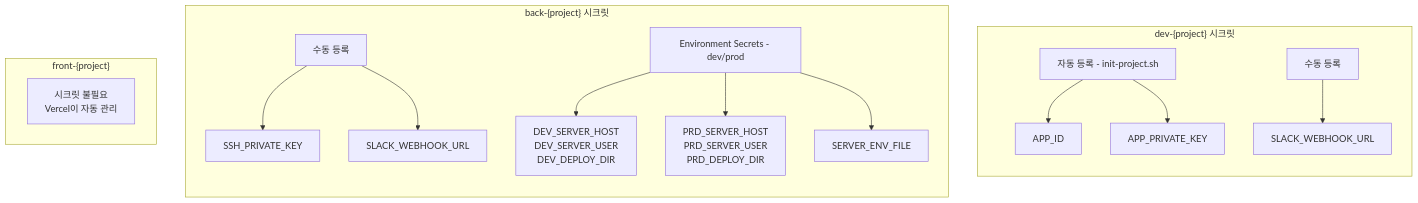
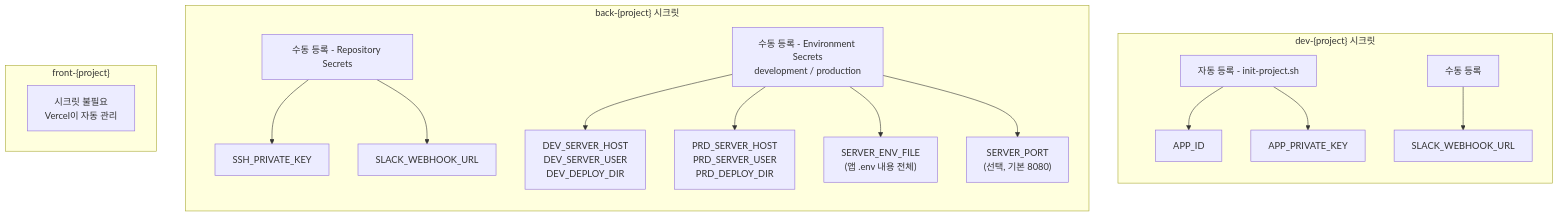
One commit to BaGyun0107/harness-starterkit changed the sixth of 8 diagrams in docs/PIPELINE-GUIDE.md. Above: the diagram before and after it, drawn with Mermaid. The commit also changed other lines of this file, not shown here.

````diff
--- a/docs/PIPELINE-GUIDE.md
+++ b/docs/PIPELINE-GUIDE.md
@@ -196,30 +208,31 @@
 ```mermaid
 flowchart TB
     subgraph D["dev-{project} 시크릿"]
         direction TB
         DA["자동 등록 - init-project.sh"]
         DA --> DA1[APP_ID]
         DA --> DA2[APP_PRIVATE_KEY]
 
         DM["수동 등록"]
         DM --> DM1[SLACK_WEBHOOK_URL]
     end
 
     subgraph BK["back-{project} 시크릿"]
         direction TB
-        BM["수동 등록"]
+        BM["수동 등록 - Repository Secrets"]
         BM --> BM1[SSH_PRIVATE_KEY]
         BM --> BM2[SLACK_WEBHOOK_URL]
 
-        BE["Environment Secrets - dev/prod"]
-        BE --> BE1["DEV_SERVER_HOST\nDEV_SERVER_USER\nDEV_DEPLOY_DIR"]
-        BE --> BE2["PRD_SERVER_HOST\nPRD_SERVER_USER\nPRD_DEPLOY_DIR"]
-        BE --> BE3[SERVER_ENV_FILE]
+        BE["수동 등록 - Environment Secrets<br/>development / production"]
+        BE --> BE1["DEV_SERVER_HOST<br/>DEV_SERVER_USER<br/>DEV_DEPLOY_DIR"]
+        BE --> BE2["PRD_SERVER_HOST<br/>PRD_SERVER_USER<br/>PRD_DEPLOY_DIR"]
+        BE --> BE3["SERVER_ENV_FILE<br/>(앱 .env 내용 전체)"]
+        BE --> BE4["SERVER_PORT<br/>(선택, 기본 8080)"]
     end
 
     subgraph FR["front-{project}"]
-        FR1["시크릿 불필요\nVercel이 자동 관리"]
+        FR1["시크릿 불필요<br/>Vercel이 자동 관리"]
     end
 
     
 ```
````
